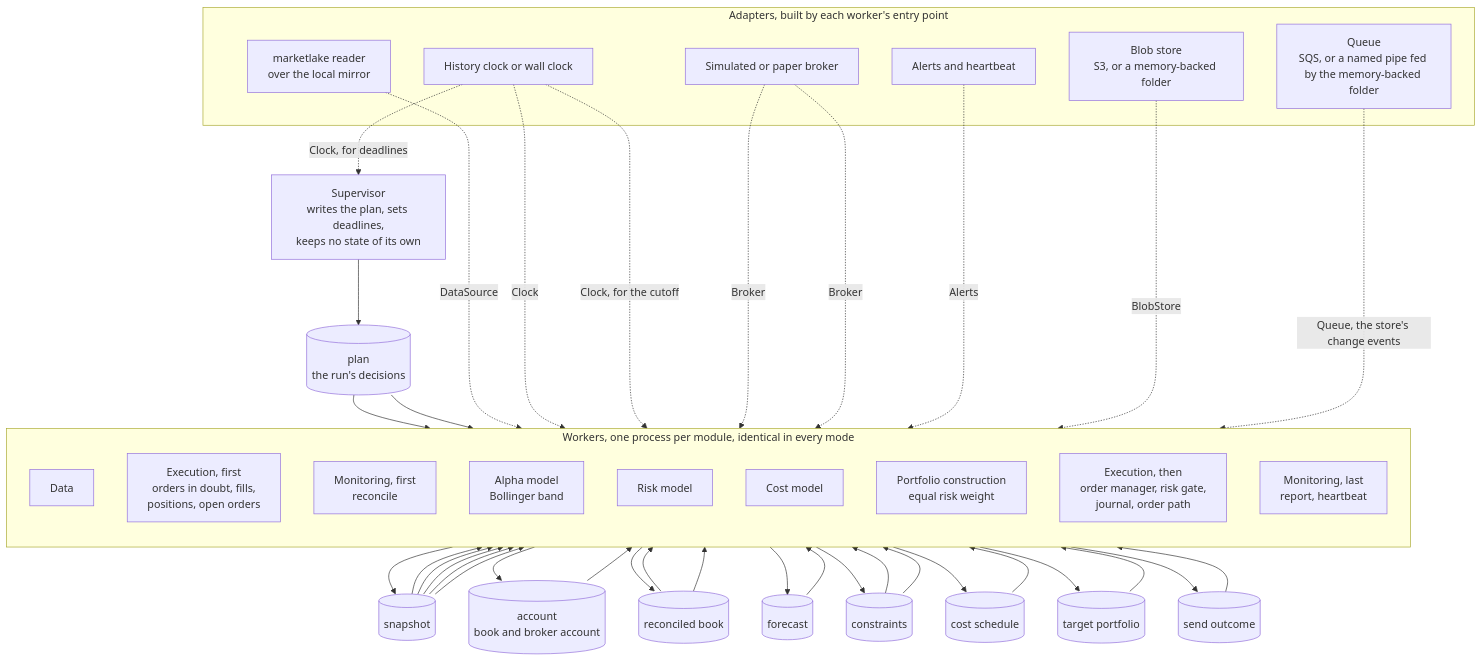
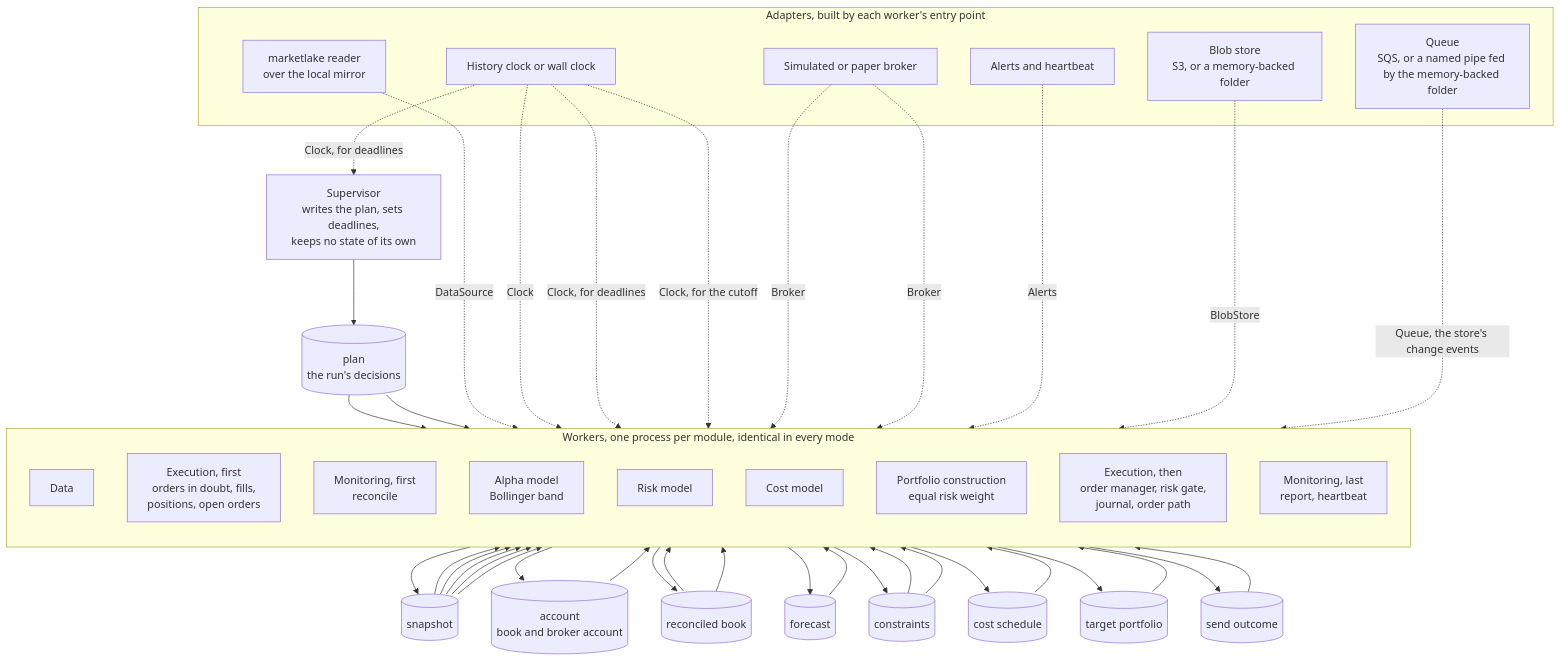
Before and after one commit to l3a0/ithildin-runtime: the second of 16 diagrams in docs/architecture.md, drawn with Mermaid. The commit also changed other lines of this file and 1 other file, not shown here.

````diff
--- a/docs/architecture.md
+++ b/docs/architecture.md
@@ -295,65 +294,66 @@
 ```mermaid
 flowchart TB
     sup["Supervisor<br/>writes the plan, sets deadlines,<br/>keeps no state of its own"]
     plan[("plan<br/>the run's decisions")]
     sup --> plan
 
     subgraph workers["Workers, one process per module, identical in every mode"]
         direction TB
         data["Data"]
         exec_recover["Execution, first<br/>orders in doubt, fills,<br/>positions, open orders"]
         mon_recon["Monitoring, first<br/>reconcile"]
         alpha["Alpha model<br/>Bollinger band"]
         risk["Risk model"]
         cost["Cost model"]
         pc["Portfolio construction<br/>equal risk weight"]
         exec_send["Execution, then<br/>order manager, risk gate,<br/>journal, order path"]
         mon_report["Monitoring, last<br/>report, heartbeat"]
     end
 
     snap[("snapshot")]
     acct[("account<br/>book and broker account")]
     book[("reconciled book")]
     fc[("forecast")]
     cons[("constraints")]
     sched[("cost schedule")]
     target[("target portfolio")]
     outcome[("send outcome")]
 
     plan --> data
     plan --> exec_recover
     snap --> exec_recover
     data --> snap
     exec_recover --> acct --> mon_recon --> book
     snap --> alpha --> fc
     snap --> risk
     book --> risk --> cons
     snap --> cost --> sched
     fc --> pc
     cons --> pc
     sched --> pc
     book --> pc --> target
     target --> exec_send
     cons --> exec_send
     snap --> exec_send
     exec_send --> outcome --> mon_report
 
     subgraph adapters["Adapters, built by each worker's entry point"]
         lakesrc["marketlake reader<br/>over the local mirror"]
         clock["History clock or wall clock"]
         broker["Simulated or paper broker"]
         store["Blob store<br/>S3, or a memory-backed folder"]
                 alertsink["Alerts and heartbeat"]
         queue["Queue<br/>SQS, or a named pipe fed by the memory-backed folder"]
     end
 
     lakesrc -. "DataSource" .-> data
     clock -. "Clock" .-> data
-    clock -. "Clock, for deadlines" .-> sup
+        clock -. "Clock, for deadlines" .-> sup
+    clock -. "Clock, for deadlines" .-> mon_report
     clock -. "Clock, for the cutoff" .-> exec_send
     broker -. "Broker" .-> exec_recover
     broker -. "Broker" .-> exec_send
     store -. "BlobStore" .-> workers
     alertsink -. "Alerts" .-> mon_report
         queue -. "Queue, the store's change events" .-> workers
 ```
````
